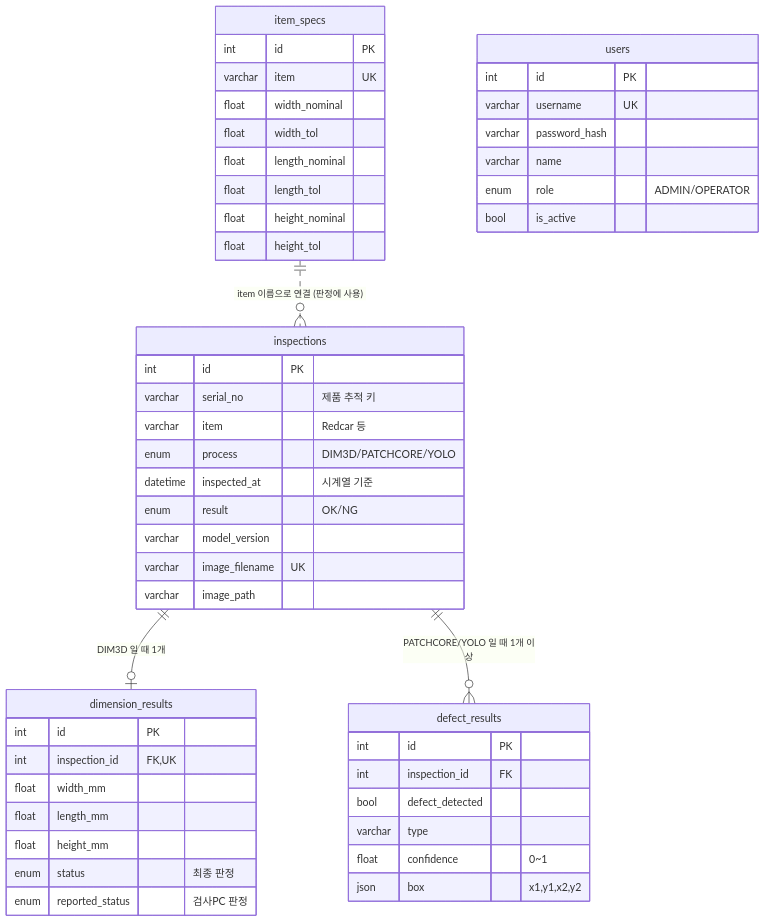
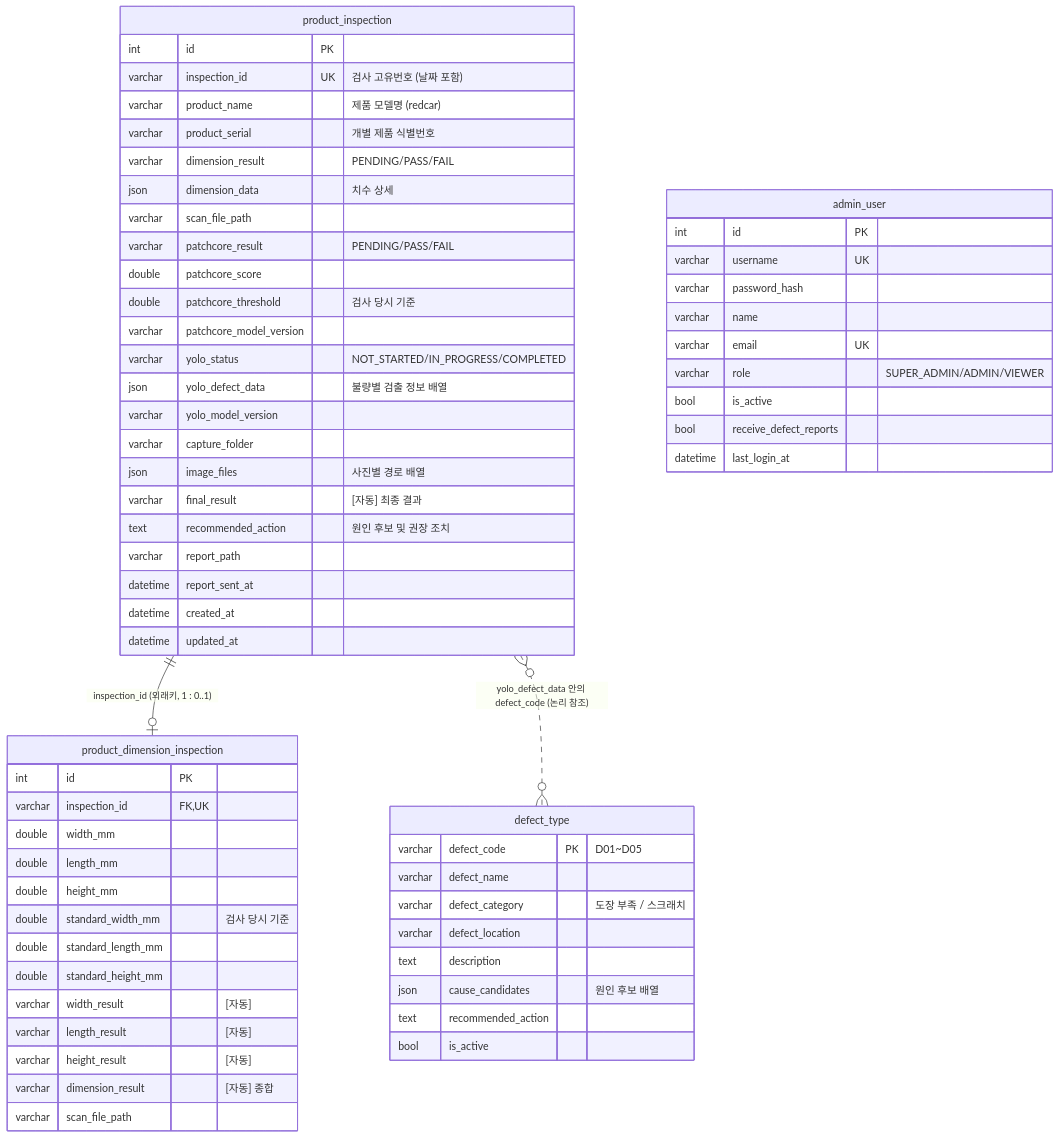
The diagram in docs/ARCHITECTURE.md (manypeoplesssssss/VisionQC-MES), drawn with Mermaid before and after one commit. The commit also changed other lines of this file and 74 other files, not shown here.

````diff
--- a/docs/ARCHITECTURE.md
+++ b/docs/ARCHITECTURE.md
@@ -128,53 +125,66 @@
 ```mermaid
 erDiagram
-    inspections ||--o| dimension_results : "DIM3D 일 때 1개"
-    inspections ||--o{ defect_results : "PATCHCORE/YOLO 일 때 1개 이상"
-    item_specs ||..o{ inspections : "item 이름으로 연결 (판정에 사용)"
+    product_inspection ||--o| product_dimension_inspection : "inspection_id (외래키, 1 : 0..1)"
+    product_inspection }o..o{ defect_type : "yolo_defect_data 안의 defect_code (논리 참조)"
 
-    inspections {
+    product_inspection {
         int id PK
-        varchar serial_no "제품 추적 키"
-        varchar item "Redcar 등"
-        enum process "DIM3D/PATCHCORE/YOLO"
-        datetime inspected_at "시계열 기준"
-        enum result "OK/NG"
-        varchar model_version
-        varchar image_filename UK
-        varchar image_path
+        varchar inspection_id UK "검사 고유번호 (날짜 포함)"
+        varchar product_name "제품 모델명 (redcar)"
+        varchar product_serial "개별 제품 식별번호"
+        varchar dimension_result "PENDING/PASS/FAIL"
+        json dimension_data "치수 상세"
+        varchar scan_file_path
+        varchar patchcore_result "PENDING/PASS/FAIL"
+        double patchcore_score
+        double patchcore_threshold "검사 당시 기준"
+        varchar patchcore_model_version
+        varchar yolo_status "NOT_STARTED/IN_PROGRESS/COMPLETED"
+        json yolo_defect_data "불량별 검출 정보 배열"
+        varchar yolo_model_version
+        varchar capture_folder
+        json image_files "사진별 경로 배열"
+        varchar final_result "[자동] 최종 결과"
+        text recommended_action "원인 후보 및 권장 조치"
+        varchar report_path
+        datetime report_sent_at
+        datetime created_at
+        datetime updated_at
     }
-    dimension_results {
+    product_dimension_inspection {
         int id PK
-        int inspection_id FK, UK
-        float width_mm
-        float length_mm
-        float height_mm
-        enum status "최종 판정"
-        enum reported_status "검사PC 판정"
+        varchar inspection_id FK,UK
+        double width_mm
+        double length_mm
+        double height_mm
+        double standard_width_mm "검사 당시 기준"
+        double standard_length_mm
+        double standard_height_mm
+        varchar width_result "[자동]"
+        varchar length_result "[자동]"
+        varchar height_result "[자동]"
+        varchar dimension_result "[자동] 종합"
+        varchar scan_file_path
     }
-    defect_results {
-        int id PK
-        int inspection_id FK
-        bool defect_detected
-        varchar type
-        float confidence "0~1"
-        json box "x1,y1,x2,y2"
+    defect_type {
+        varchar defect_code PK "D01~D05"
+        varchar defect_name
+        varchar defect_category "도장 부족 / 스크래치"
+        varchar defect_location
+        text description
+        json cause_candidates "원인 후보 배열"
+        text recommended_action
+        bool is_active
     }
-    item_specs {
-        int id PK
-        varchar item UK
-        float width_nominal
-        float width_tol
-        float length_nominal
-        float length_tol
-        float height_nominal
-        float height_tol
-    }
-    users {
+    admin_user {
         int id PK
         varchar username UK
         varchar password_hash
         varchar name
-        enum role "ADMIN/OPERATOR"
+        varchar email UK
+        varchar role "SUPER_ADMIN/ADMIN/VIEWER"
         bool is_active
+        bool receive_defect_reports
+        datetime last_login_at
     }
 ```
````
